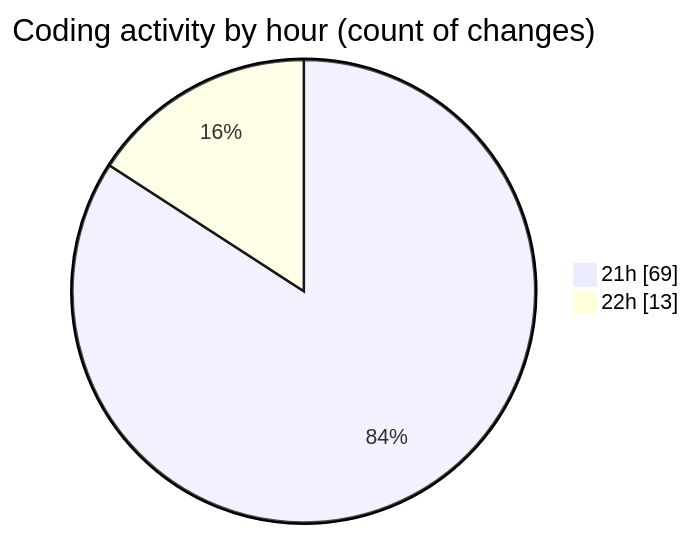
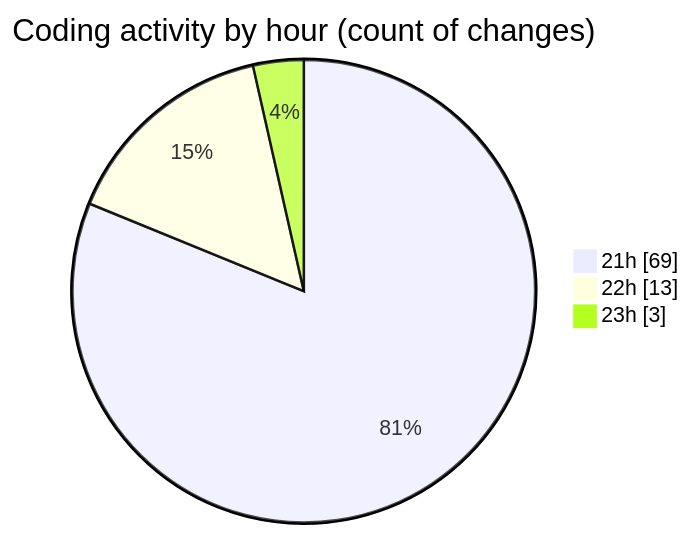
The second of 2 diagrams in 2025-04-05/schoolmanagement/README.md (Netris89/code-tracking), drawn with Mermaid before and after one commit. The commit also changed other lines of this file and 1 other file, not shown here.

````diff
--- a/2025-04-05/schoolmanagement/README.md
+++ b/2025-04-05/schoolmanagement/README.md
@@ -47,6 +50,7 @@
 ```mermaid
 pie showData
 title Coding activity by hour (count of changes)
 "21h" : 69
 "22h" : 13
+"23h" : 3
 ```
````
